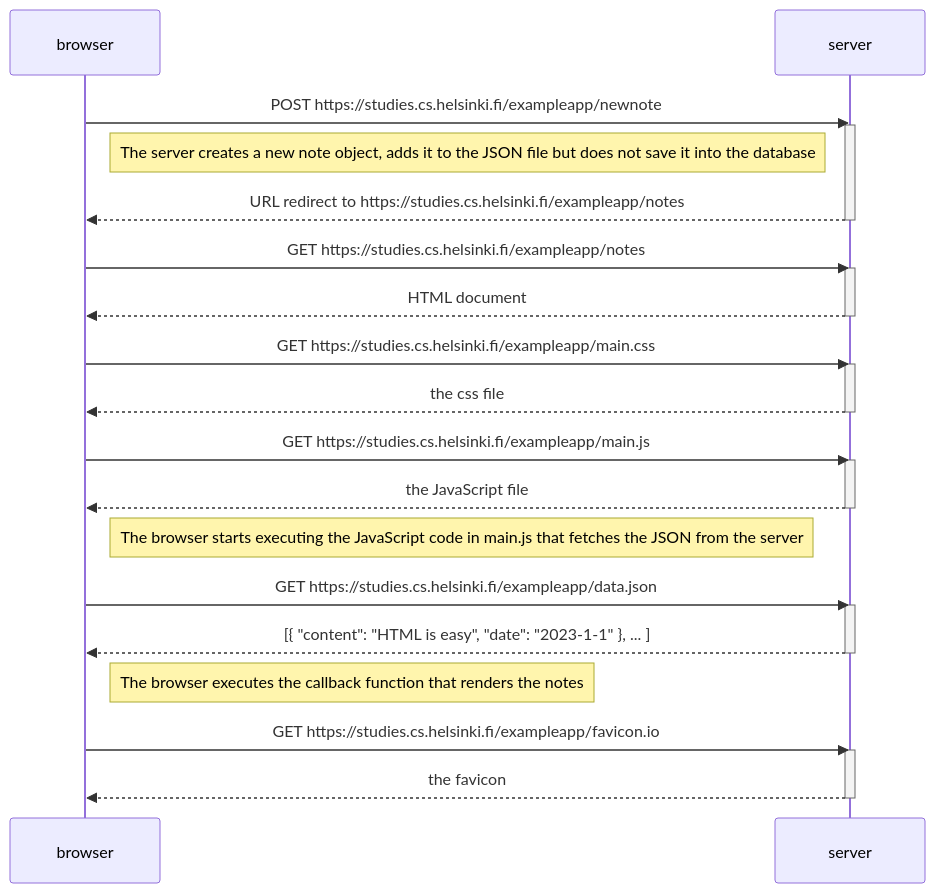
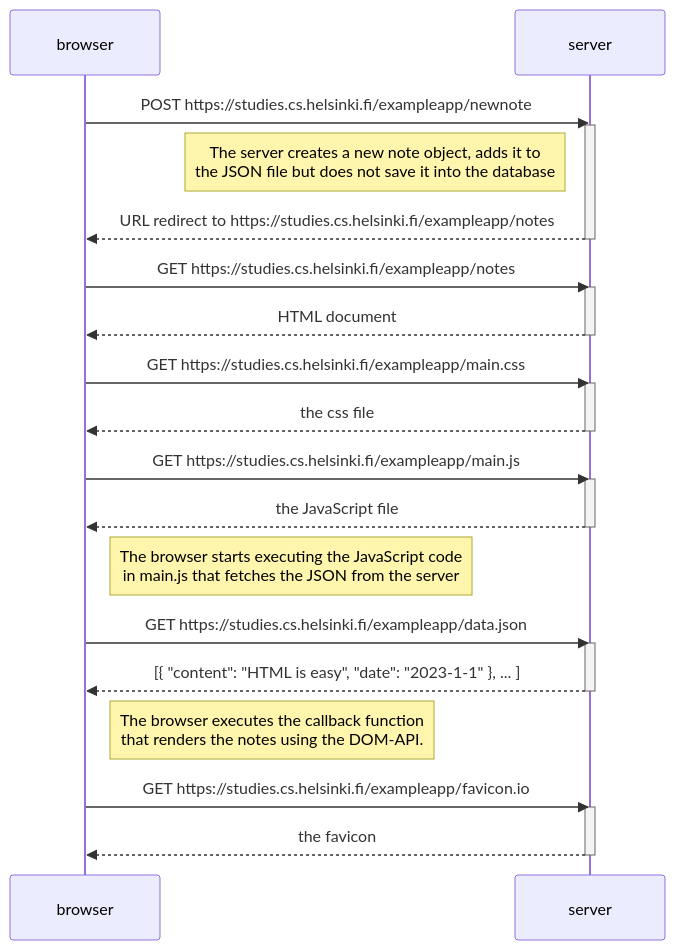
Before and after one commit to khoaguin/full-stack-open: the diagram in part0/0.4-new_note_diagram.md, drawn with Mermaid. The commit also changed 2 other files, not shown here.

Commit message:
done exercises for part 0

````diff
--- a/part0/0.4-new_note_diagram.md
+++ b/part0/0.4-new_note_diagram.md
@@ -3,42 +3,42 @@
 ```mermaid
 sequenceDiagram
     participant browser
     participant server
 
     browser->>server: POST https://studies.cs.helsinki.fi/exampleapp/newnote
     activate server
 
-    Note left of server: The server creates a new note object, adds it to the JSON file but does not save it into the database
+    Note left of server: The server creates a new note object, adds it to <br> the JSON file but does not save it into the database
 
     server-->>browser:  URL redirect to https://studies.cs.helsinki.fi/exampleapp/notes
     deactivate server
     
     browser->>server: GET https://studies.cs.helsinki.fi/exampleapp/notes
     activate server
     server-->>browser: HTML document
     deactivate server
     
     browser->>server: GET https://studies.cs.helsinki.fi/exampleapp/main.css
     activate server
     server-->>browser: the css file
     deactivate server
     
     browser->>server: GET https://studies.cs.helsinki.fi/exampleapp/main.js
     activate server
     server-->>browser: the JavaScript file
     deactivate server
     
-    Note right of browser: The browser starts executing the JavaScript code in main.js that fetches the JSON from the server
+    Note right of browser: The browser starts executing the JavaScript code <br> in main.js that fetches the JSON from the server
     
     browser->>server: GET https://studies.cs.helsinki.fi/exampleapp/data.json
     activate server
     server-->>browser: [{ "content": "HTML is easy", "date": "2023-1-1" }, ... ]
     deactivate server    
 
-    Note right of browser: The browser executes the callback function that renders the notes 
+    Note right of browser: The browser executes the callback function <br> that renders the notes using the DOM-API.
 
     browser->>server: GET https://studies.cs.helsinki.fi/exampleapp/favicon.io
     activate server
     server-->>browser: the favicon
     deactivate server    
 ```
````
